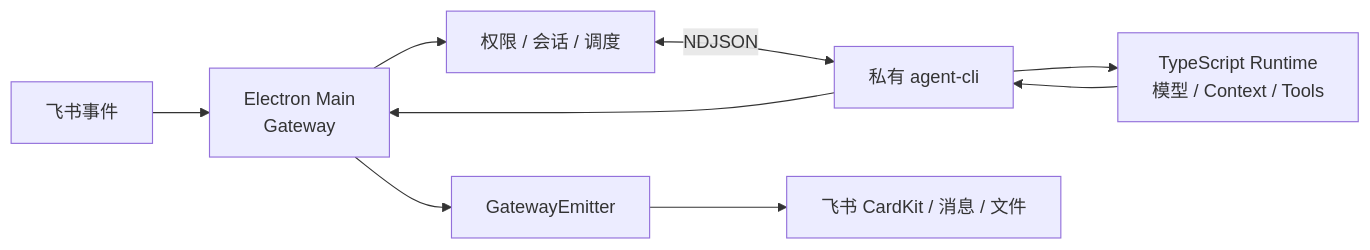
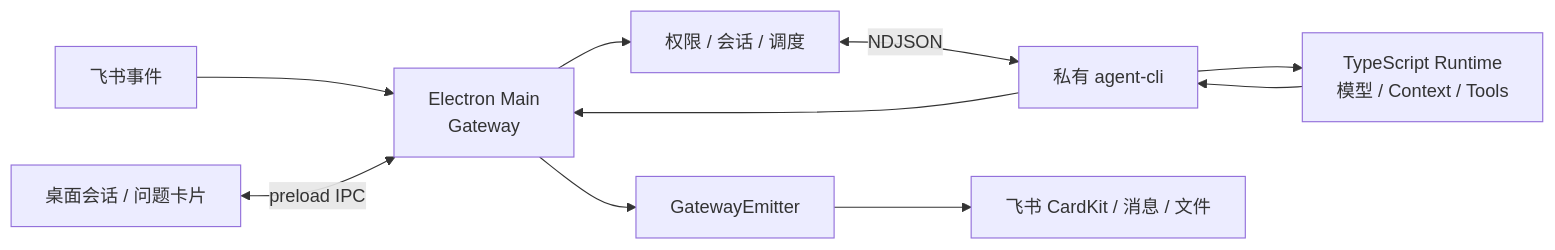
Before and after one commit to LXE123/LXE_AGENT: the diagram in docs/harness/gateway/README.md, drawn with Mermaid. The commit also changed other lines of this file and 100 other files, not shown here.

````diff
--- a/docs/harness/gateway/README.md
+++ b/docs/harness/gateway/README.md
@@ -13,11 +11,12 @@
 ```mermaid
 flowchart LR
     A["飞书事件"] --> B["Electron Main<br/>Gateway"]
+    UI["桌面会话 / 问题卡片"] <-->|"preload IPC"| B
     B --> C["权限 / 会话 / 调度"]
     C <-->|"NDJSON"| D["私有 agent-cli"]
     D --> E["TypeScript Runtime<br/>模型 / Context / Tools"]
     E --> D
     D --> B
     B --> F["GatewayEmitter"]
     F --> G["飞书 CardKit / 消息 / 文件"]
 ```
````
